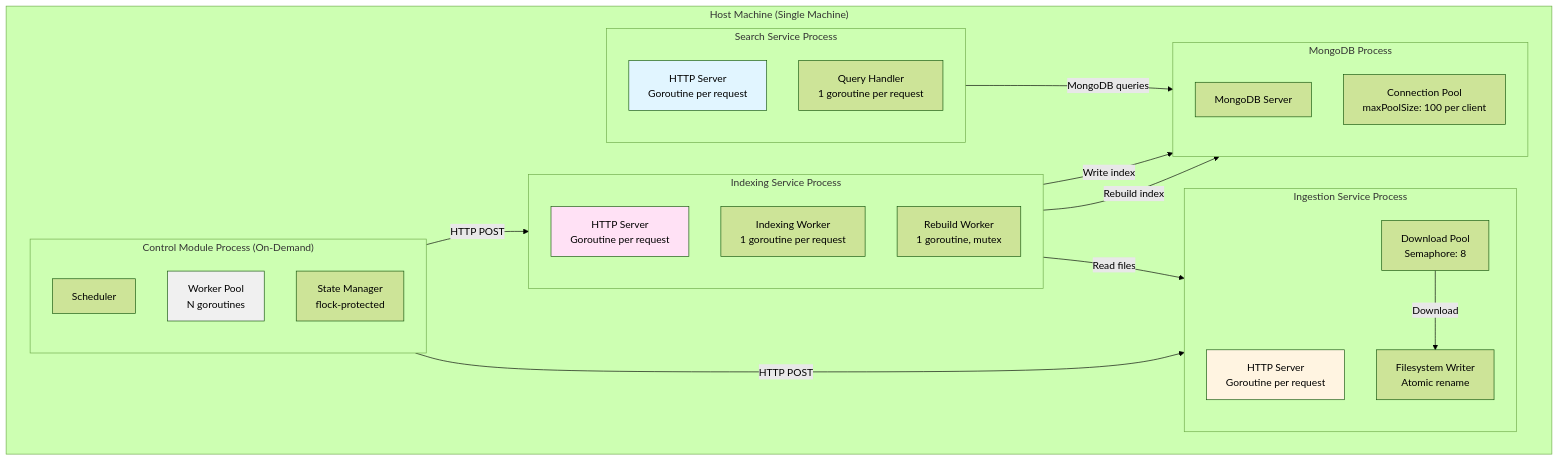
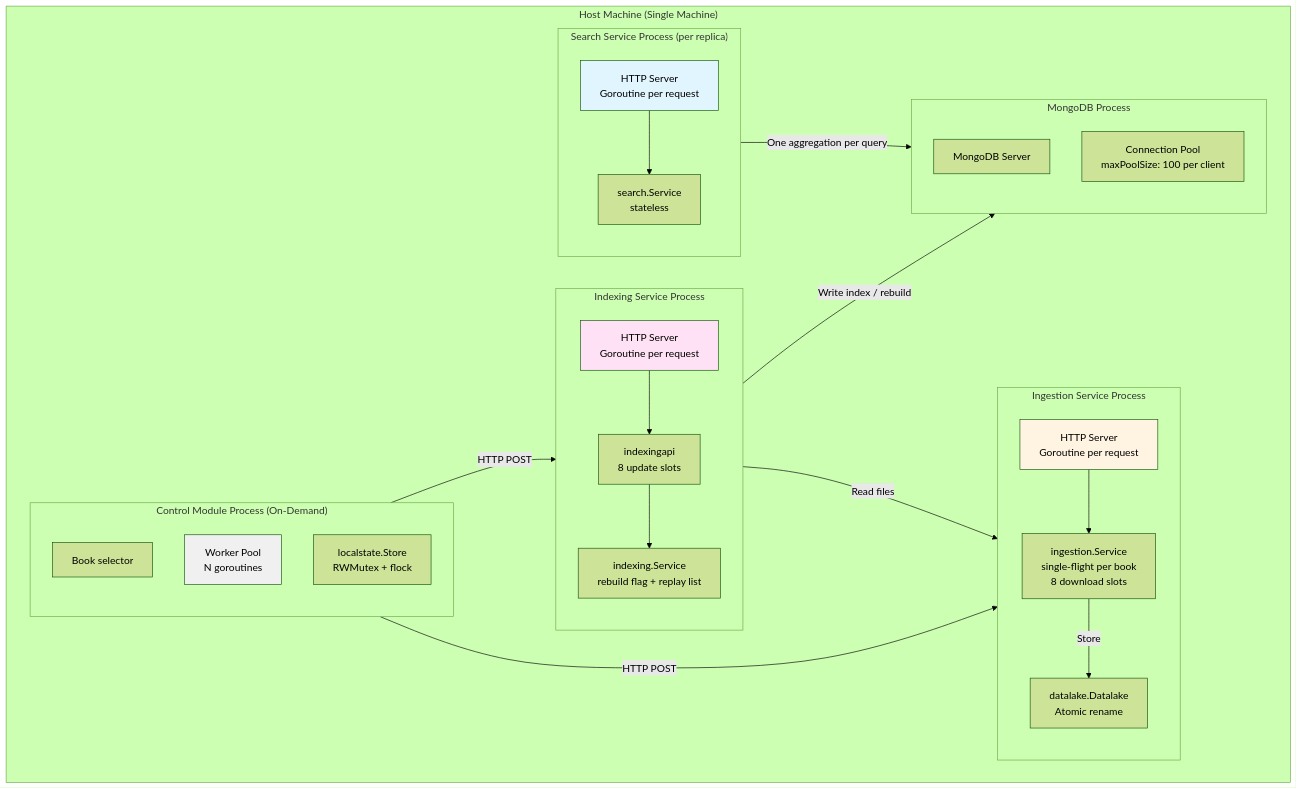
One commit to bigdata-devs/stage_2 changed the sixth of 7 diagrams in docs/architecture.md. Above: the diagram before and after it, drawn with Mermaid (forest theme). The commit also changed other lines of this file and 3 other files, not shown here.

````diff
--- a/docs/architecture.md
+++ b/docs/architecture.md
@@ -191,51 +330,53 @@
 ```mermaid
 graph TB
     subgraph "Host Machine (Single Machine)"
         subgraph "Ingestion Service Process"
             direction TB
             I_Server[HTTP Server<br/>Goroutine per request]
-            I_Pool[Download Pool<br/>Semaphore: 8]
-            I_FS[Filesystem Writer<br/>Atomic rename]
+            I_Core[ingestion.Service<br/>single-flight per book<br/>8 download slots]
+            I_FS[datalake.Datalake<br/>Atomic rename]
         end
-        
+
         subgraph "Indexing Service Process"
             direction TB
             Idx_Server[HTTP Server<br/>Goroutine per request]
-            Idx_Worker[Indexing Worker<br/>1 goroutine per request]
-            Idx_Rebuild[Rebuild Worker<br/>1 goroutine, mutex]
+            Idx_Slots[indexingapi<br/>8 update slots]
+            Idx_Core[indexing.Service<br/>rebuild flag + replay list]
         end
-        
-        subgraph "Search Service Process"
+
+        subgraph "Search Service Process (per replica)"
             direction TB
             S_Server[HTTP Server<br/>Goroutine per request]
-            S_Query[Query Handler<br/>1 goroutine per request]
+            S_Core[search.Service<br/>stateless]
         end
-        
+
         subgraph "Control Module Process (On-Demand)"
             direction TB
-            C_Scheduler[Scheduler]
+            C_Selector[Book selector]
             C_Workers[Worker Pool<br/>N goroutines]
-            C_State[State Manager<br/>flock-protected]
+            C_State[localstate.Store<br/>RWMutex + flock]
         end
-        
+
         subgraph "MongoDB Process"
             direction TB
             Mongo_Server[MongoDB Server]
             Mongo_Pool[Connection Pool<br/>maxPoolSize: 100 per client]
         end
     end
-    
+
     C_Workers -->|HTTP POST| I_Server
     C_Workers -->|HTTP POST| Idx_Server
-    S_Server -->|MongoDB queries| Mongo_Pool
-    
-    I_Pool -->|Download| I_FS
-    Idx_Worker -->|Read files| I_FS
-    Idx_Worker -->|Write index| Mongo_Pool
-    Idx_Rebuild -->|Rebuild index| Mongo_Pool
-    
+    I_Server --> I_Core
+    I_Core -->|Store| I_FS
+    Idx_Server --> Idx_Slots
+    Idx_Slots --> Idx_Core
+    Idx_Core -->|Read files| I_FS
+    Idx_Core -->|Write index / rebuild| Mongo_Pool
+    S_Server --> S_Core
+    S_Core -->|One aggregation per query| Mongo_Pool
+
     style I_Server fill:#fff4e1
     style Idx_Server fill:#ffe1f5
     style S_Server fill:#e1f5ff
     style C_Workers fill:#f0f0f0
 ```
````
